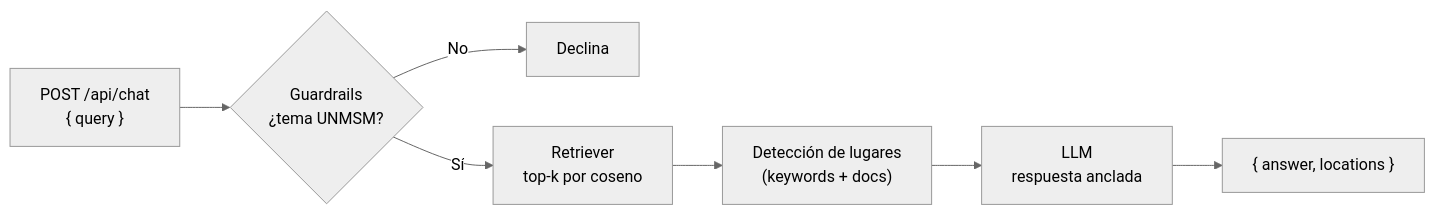
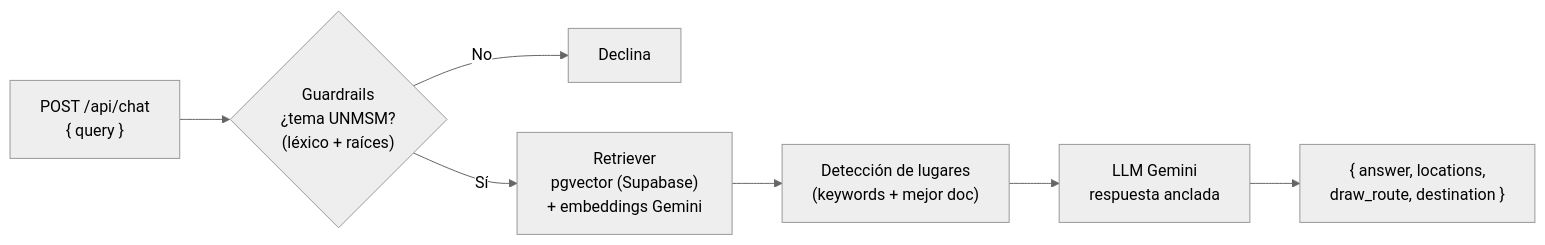
One commit to frank777ch/OndeSanMarcos changed the diagram in backend/README.md. Above: the diagram before and after it, drawn with Mermaid (neutral theme). The commit also changed other lines of this file and 1 other file, not shown here.

Commit message:
docs(backend): reflect real stack (pgvector, Gemini embeddings, 76 tests, frontend wired)

````diff
--- a/backend/README.md
+++ b/backend/README.md
@@ -42,9 +51,9 @@
 ```mermaid
 flowchart LR
-    q["POST /api/chat<br/>{ query }"] --> g{"Guardrails<br/>¿tema UNMSM?"}
+    q["POST /api/chat<br/>{ query }"] --> g{"Guardrails<br/>¿tema UNMSM?<br/>(léxico + raíces)"}
     g -->|No| d["Declina"]
-    g -->|Sí| r["Retriever<br/>top-k por coseno"]
-    r --> p["Detección de lugares<br/>(keywords + docs)"]
-    p --> l["LLM<br/>respuesta anclada"]
-    l --> resp["{ answer, locations }"]
+    g -->|Sí| r["Retriever<br/>pgvector (Supabase)<br/>+ embeddings Gemini"]
+    r --> p["Detección de lugares<br/>(keywords + mejor doc)"]
+    p --> l["LLM Gemini<br/>respuesta anclada"]
+    l --> resp["{ answer, locations,<br/>draw_route, destination }"]
 ```
````
